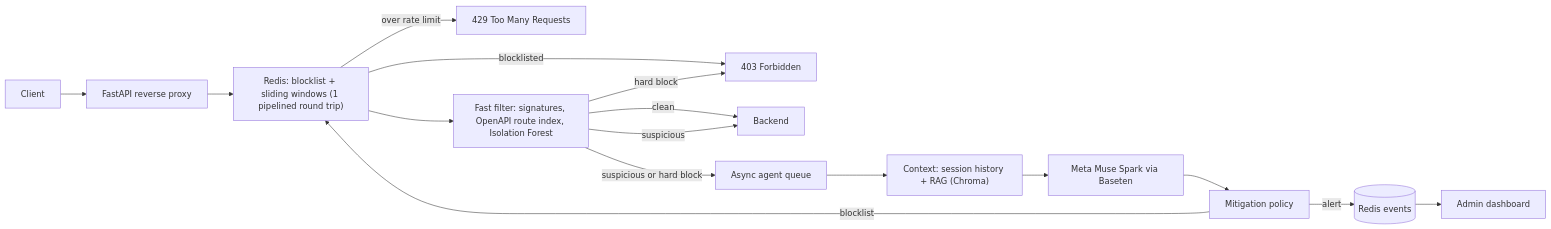
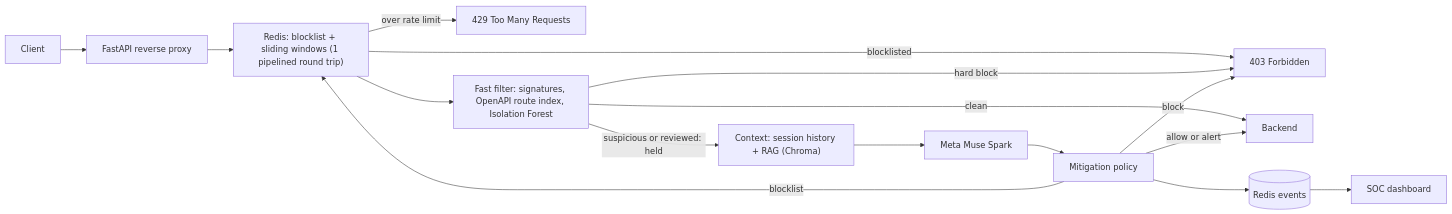
Before and after one commit to OrBibi/SentinelAgent: the diagram in README.md, drawn with Mermaid. The commit also changed other lines of this file and 17 other files, not shown here.

````diff
--- a/README.md
+++ b/README.md
@@ -18,18 +18,18 @@
 ```mermaid
 flowchart LR
   client[Client] --> proxy[FastAPI reverse proxy]
   proxy --> redis1["Redis: blocklist + sliding windows (1 pipelined round trip)"]
   redis1 -->|blocklisted| deny[403 Forbidden]
   redis1 -->|over rate limit| throttle[429 Too Many Requests]
   redis1 --> fast["Fast filter: signatures, OpenAPI route index, Isolation Forest"]
   fast -->|hard block| deny
   fast -->|clean| upstream[Backend]
-  fast -->|suspicious| upstream
-  fast -->|"suspicious or hard block"| queue[Async agent queue]
-  queue --> ctx["Context: session history + RAG (Chroma)"]
-  ctx --> llm["Meta Muse Spark via Baseten"]
+  fast -->|"suspicious or reviewed: held"| ctx["Context: session history + RAG (Chroma)"]
+  ctx --> llm["Meta Muse Spark"]
   llm --> policy[Mitigation policy]
-  policy -->|alert| events[(Redis events)]
+  policy -->|"allow or alert"| upstream
+  policy -->|block| deny
   policy -->|blocklist| redis1
-  events --> dash[Admin dashboard]
+  policy --> events[(Redis events)]
+  events --> dash[SOC dashboard]
 ```
````
